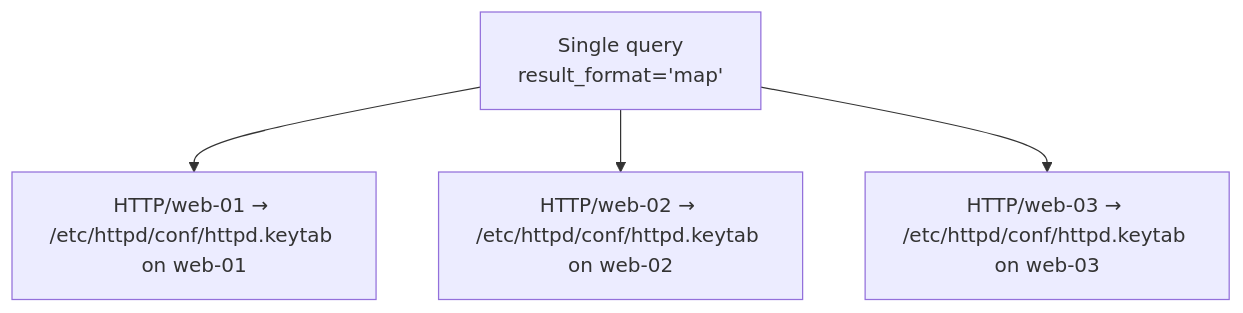
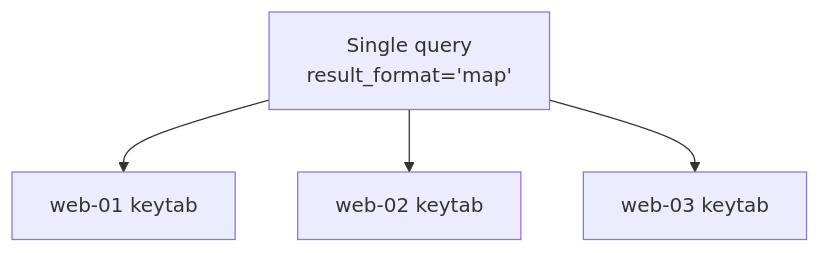
One commit to gprocunier/eigenstate-ipa changed the fourth of 7 diagrams in docs/keytab-use-cases.md. Above: the diagram before and after it, drawn with Mermaid. The commit also changed other lines of this file and 12 other files, not shown here.

Commit message:
Clean up Mermaid diagrams across docs

````diff
--- a/docs/keytab-use-cases.md
+++ b/docs/keytab-use-cases.md
@@ -133,11 +136,11 @@
 ```mermaid
 flowchart TD
     lookup["Single query\nresult_format='map'"]
-    web01["HTTP/web-01 → /etc/httpd/conf/httpd.keytab on web-01"]
-    web02["HTTP/web-02 → /etc/httpd/conf/httpd.keytab on web-02"]
-    web03["HTTP/web-03 → /etc/httpd/conf/httpd.keytab on web-03"]
+    web01["web-01 keytab"]
+    web02["web-02 keytab"]
+    web03["web-03 keytab"]
 
     lookup --> web01
     lookup --> web02
     lookup --> web03
 ```
````
